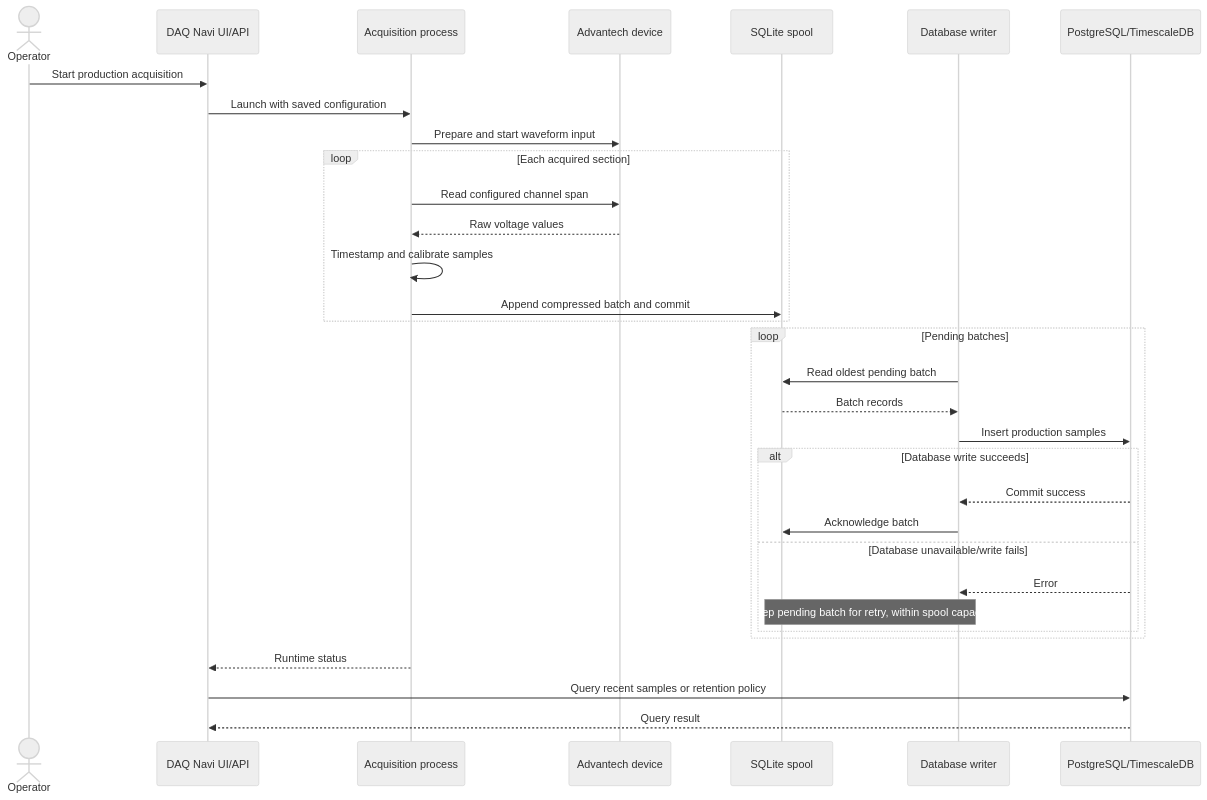
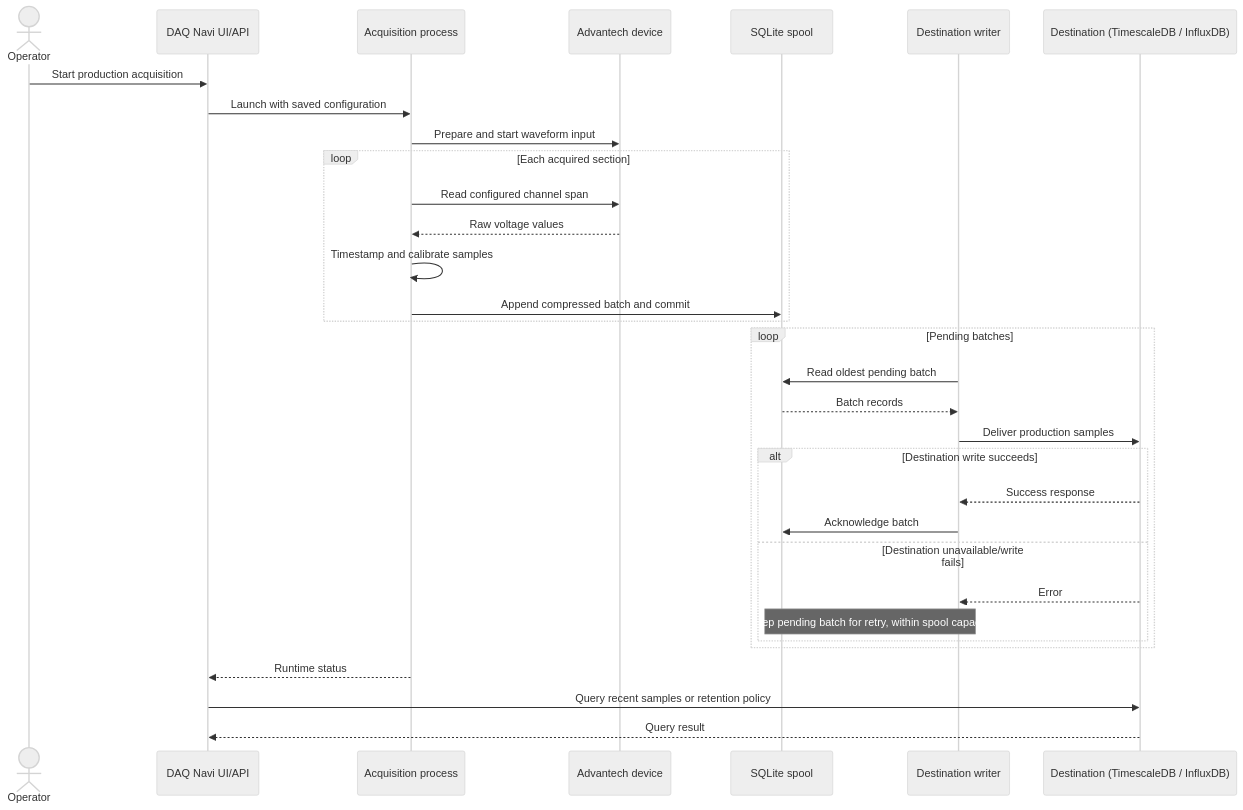
One commit to Faiisu/IIoT-data-ingest changed the diagram in docs/architecture/sequences/streaming_pipeline.md. Above: the diagram before and after it, drawn with Mermaid (neutral theme). The commit also changed 6 other files, not shown here.

Commit message:
docs: align architecture and deployment docs with InfluxDB and operator auth

````diff
--- a/docs/architecture/sequences/streaming_pipeline.md
+++ b/docs/architecture/sequences/streaming_pipeline.md
@@ -3,35 +3,35 @@
 ```mermaid
 sequenceDiagram
     actor Operator
     participant Web as DAQ Navi UI/API
     participant Process as Acquisition process
     participant DAQ as Advantech device
     participant Spool as SQLite spool
-    participant Writer as Database writer
-    participant DB as PostgreSQL/TimescaleDB
+    participant Writer as Destination writer
+    participant Dest as Destination (TimescaleDB / InfluxDB)
 
     Operator->>Web: Start production acquisition
     Web->>Process: Launch with saved configuration
     Process->>DAQ: Prepare and start waveform input
     loop Each acquired section
         Process->>DAQ: Read configured channel span
         DAQ-->>Process: Raw voltage values
         Process->>Process: Timestamp and calibrate samples
         Process->>Spool: Append compressed batch and commit
     end
     loop Pending batches
         Writer->>Spool: Read oldest pending batch
         Spool-->>Writer: Batch records
-        Writer->>DB: Insert production samples
-        alt Database write succeeds
-            DB-->>Writer: Commit success
+        Writer->>Dest: Deliver production samples
+        alt Destination write succeeds
+            Dest-->>Writer: Success response
             Writer->>Spool: Acknowledge batch
-        else Database unavailable/write fails
-            DB-->>Writer: Error
+        else Destination unavailable/write fails
+            Dest-->>Writer: Error
             Note over Writer,Spool: Keep pending batch for retry, within spool capacity
         end
     end
     Process-->>Web: Runtime status
-    Web->>DB: Query recent samples or retention policy
-    DB-->>Web: Query result
+    Web->>Dest: Query recent samples or retention policy
+    Dest-->>Web: Query result
 ```
````
